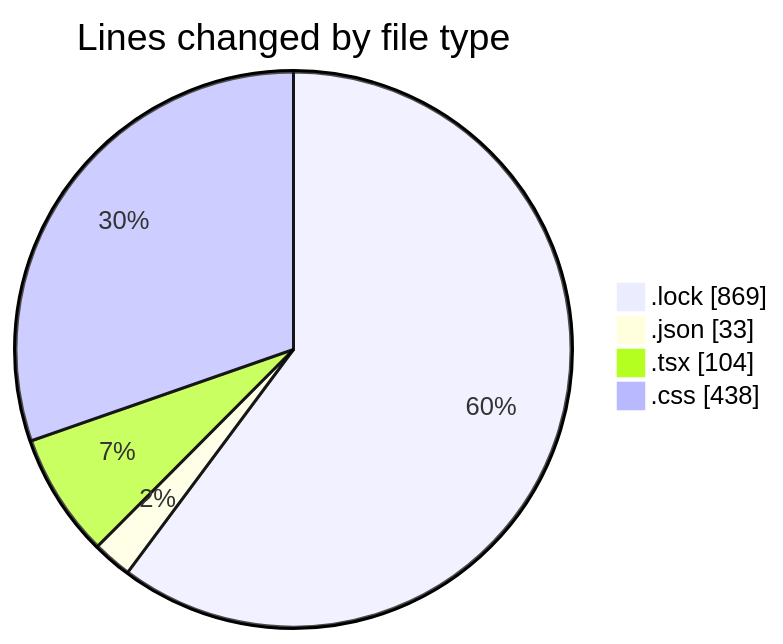
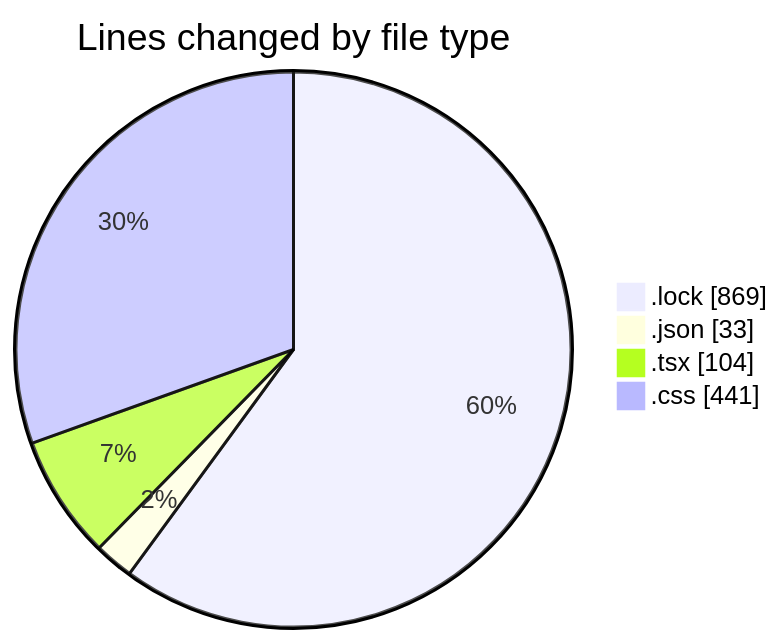
The first of 2 diagrams in 2025-07-27/vtuber/README.md (EIIisD/code-tracking), drawn with Mermaid before and after one commit. The commit also changed other lines of this file and 1 other file, not shown here.

````diff
--- a/2025-07-27/vtuber/README.md
+++ b/2025-07-27/vtuber/README.md
@@ -24,8 +24,8 @@
 ```mermaid
 pie showData
 title Lines changed by file type
 ".lock" : 869
 ".json" : 33
 ".tsx" : 104
-".css" : 438
+".css" : 441
 ```
````
